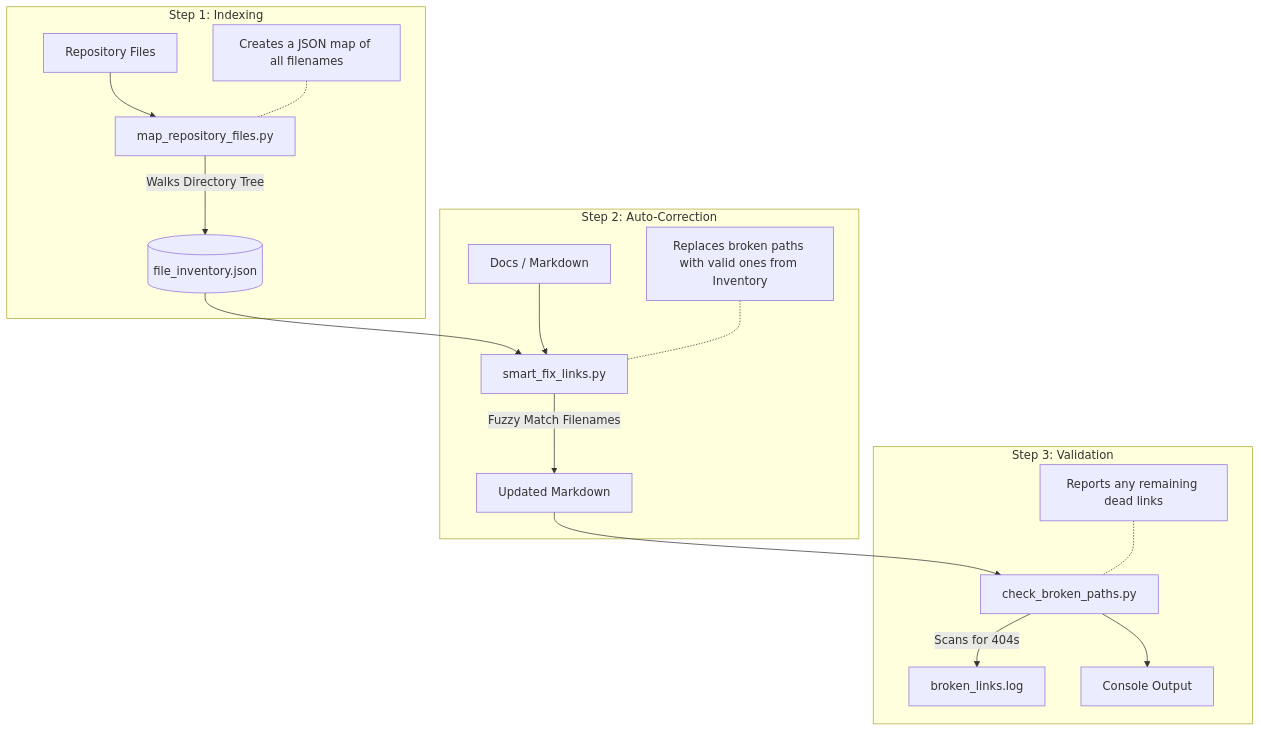
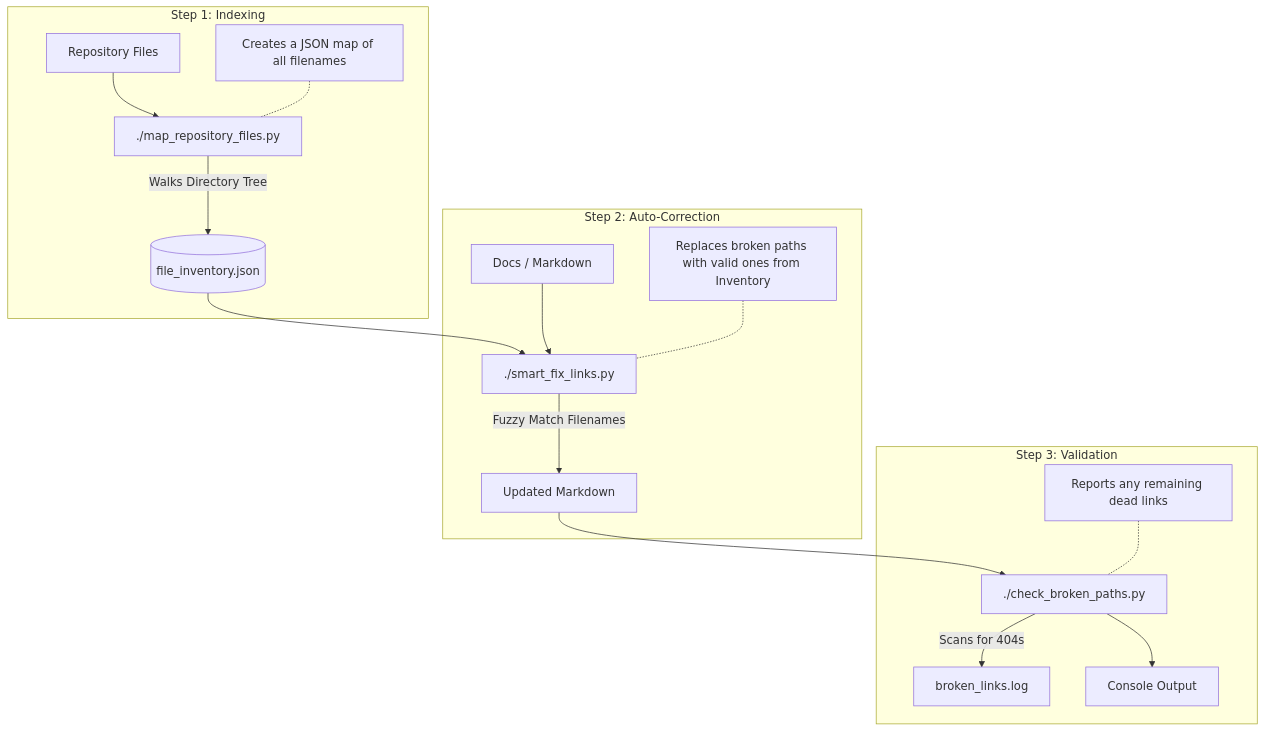
The diagram in plugins/link-checker/skills/link-checker-agent/references/logic.mmd (richfrem/agent-plugins-skills), drawn with Mermaid before and after one commit. The commit also changed 2793 other files, not shown here.

```diff
--- a/plugins/link-checker/skills/link-checker-agent/references/logic.mmd
+++ b/plugins/link-checker/skills/link-checker-agent/references/logic.mmd
@@ -1,23 +1,23 @@
 flowchart TD
     subgraph Initialization [Step 1: Indexing]
-        Repo[Repository Files] --> Mapper[map_repository_files.py]
+        Repo[Repository Files] --> Mapper[./map_repository_files.py]
         Mapper -- Walks Directory Tree --> Inventory[(file_inventory.json)]
         note1[Creates a JSON map of all filenames]
         note1 -.- Mapper
     end
     
     subgraph Repair [Step 2: Auto-Correction]
-        Inventory --> Fixer[smart_fix_links.py]
+        Inventory --> Fixer[./smart_fix_links.py]
         Markdown[Docs / Markdown] --> Fixer
         Fixer -- Fuzzy Match Filenames --> UpdatedDocs[Updated Markdown]
         note2[Replaces broken paths with valid ones from Inventory]
         note2 -.- Fixer
     end
     
     subgraph Verification [Step 3: Validation]
-        UpdatedDocs --> Checker[check_broken_paths.py]
+        UpdatedDocs --> Checker[./check_broken_paths.py]
         Checker -- Scans for 404s --> Log[broken_links.log]
         Checker --> Console[Console Output]
         note3[Reports any remaining dead links]
         note3 -.- Checker
     end
```
